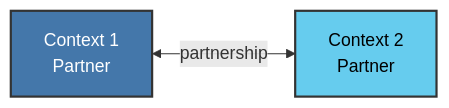
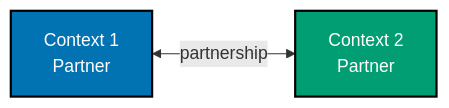
Before and after one commit to wahidyankf/open-sharia-enterprise: the eighth of 12 diagrams in docs/explanation/software-design/domain-driven-design-ddd/templates/ex-sode-dodrdedd-te__context-map-diagram.md, drawn with Mermaid. The commit also changed other lines of this file and 35 other files, not shown here.

````diff
--- a/docs/explanation/software-design/domain-driven-design-ddd/templates/ex-sode-dodrdedd-te__context-map-diagram.md
+++ b/docs/explanation/software-design/domain-driven-design-ddd/templates/ex-sode-dodrdedd-te__context-map-diagram.md
@@ -335,10 +335,10 @@
 ```mermaid
 graph LR
     C1[Context 1<br/>Partner]
     C2[Context 2<br/>Partner]
 
     C1 <-->|partnership| C2
 
-    style C1 fill:#4477AA,stroke:#333,stroke-width:2px,color:#FFFFFF
-    style C2 fill:#66CCEE,stroke:#333,stroke-width:2px,color:#000000
+    style C1 fill:#0173B2,stroke:#000000,stroke-width:2px,color:#FFFFFF
+    style C2 fill:#029E73,stroke:#000000,stroke-width:2px,color:#FFFFFF
 ```
````
